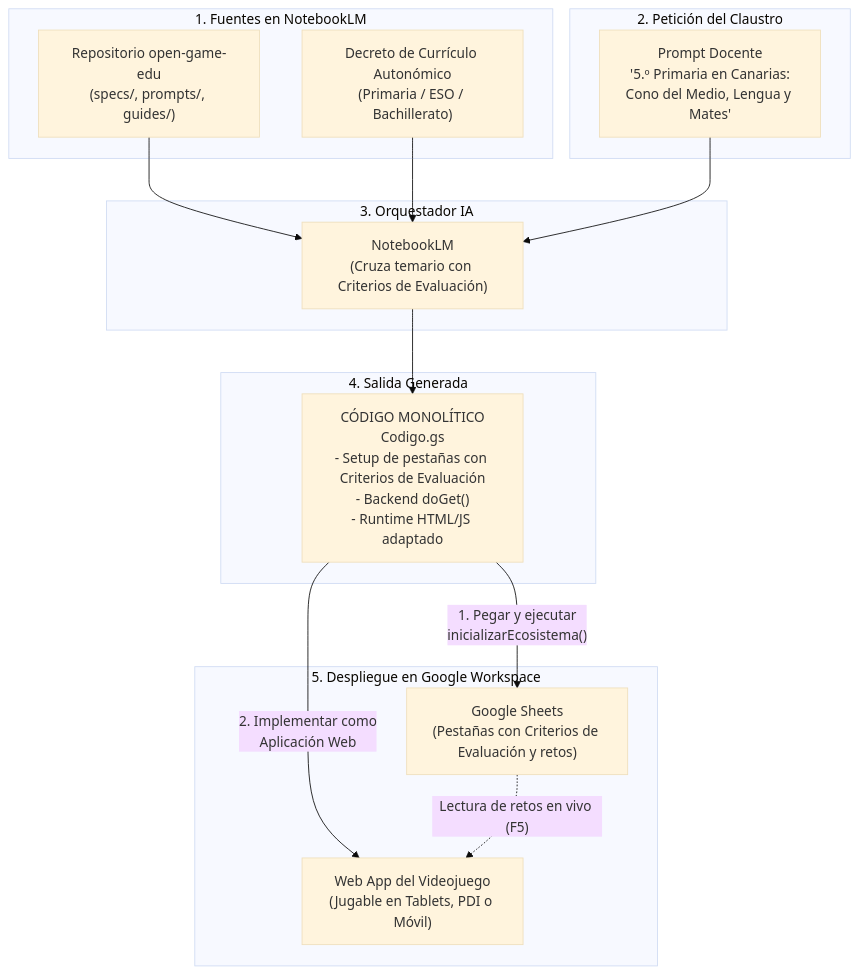
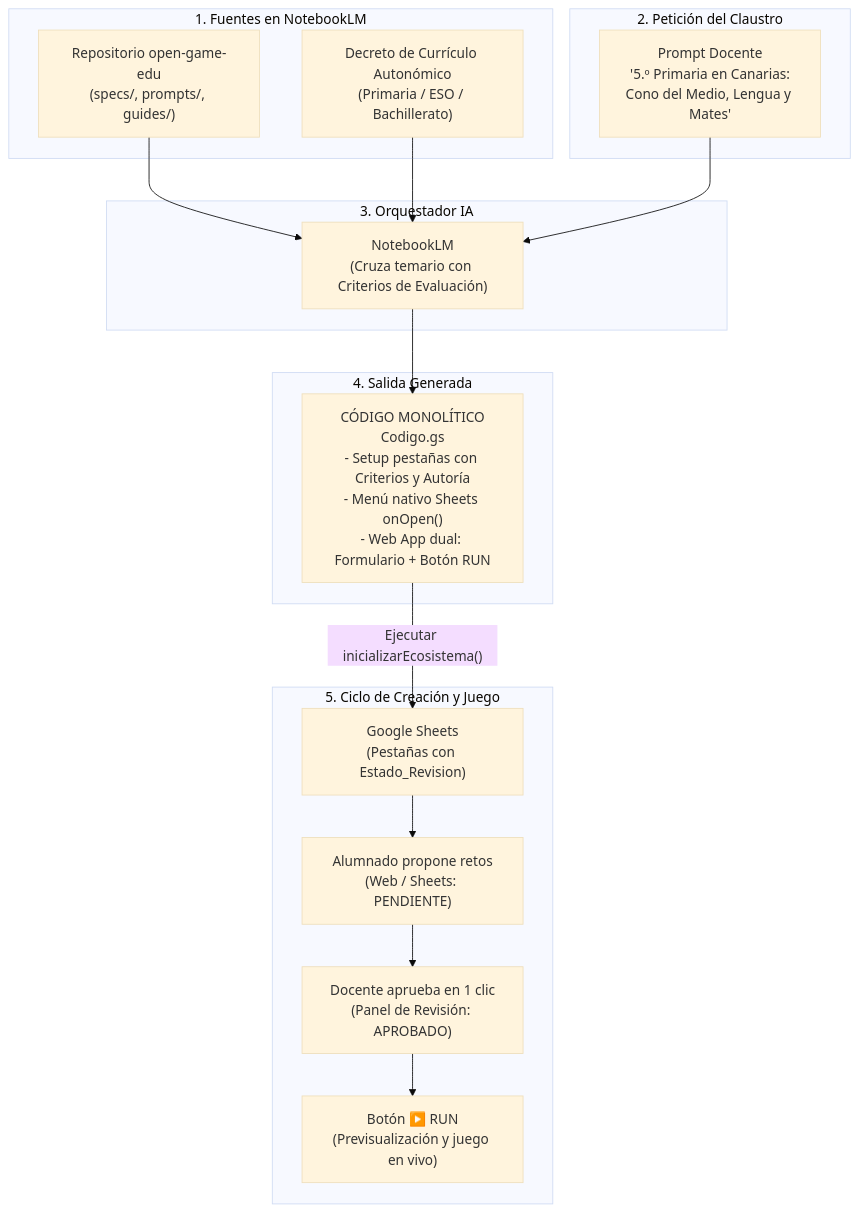
One commit to nmarafo/open-game-edu changed the diagram in README.md. Above: the diagram before and after it, drawn with Mermaid (base theme). The commit also changed other lines of this file and 8 other files, not shown here.

Commit message:
feat: incorporar boton RUN de previsualizacion en vivo y flujo de Pull Request escolar (revision y aprobacion)

````diff
--- a/README.md
+++ b/README.md
@@ -34,32 +36,35 @@
 ```mermaid
 flowchart TD
     subgraph Fuentes ["1. Fuentes en NotebookLM"]
         A["Repositorio open-game-edu\n(specs/, prompts/, guides/)"]
         B["Decreto de Currículo Autonómico\n(Primaria / ESO / Bachillerato)"]
     end
 
     subgraph Docente ["2. Petición del Claustro"]
         C["Prompt Docente\n'5.º Primaria en Canarias:\nCono del Medio, Lengua y Mates'"]
     end
 
     subgraph Cerebro ["3. Orquestador IA"]
         D["NotebookLM\n(Cruza temario con Criterios de Evaluación)"]
     end
 
     subgraph Salida ["4. Salida Generada"]
-        E["CÓDIGO MONOLÍTICO\nCodigo.gs\n- Setup de pestañas con Criterios de Evaluación\n- Backend doGet()\n- Runtime HTML/JS adaptado"]
+        E["CÓDIGO MONOLÍTICO\nCodigo.gs\n- Setup pestañas con Criterios y Autoría\n- Menú nativo Sheets onOpen()\n- Web App dual: Formulario + Botón RUN"]
     end
 
-    subgraph GoogleWorkspace ["5. Despliegue en Google Workspace"]
-        F["Google Sheets\n(Pestañas con Criterios de Evaluación y retos)"]
-        G["Web App del Videojuego\n(Jugable en Tablets, PDI o Móvil)"]
+    subgraph Ecosistema ["5. Ciclo de Creación y Juego"]
+        F["Google Sheets\n(Pestañas con Estado_Revision)"]
+        G["Alumnado propone retos\n(Web / Sheets: PENDIENTE)"]
+        H["Docente aprueba en 1 clic\n(Panel de Revisión: APROBADO)"]
+        I["Botón ▶️ RUN\n(Previsualización y juego en vivo)"]
     end
 
     A --> D
     B --> D
     C --> D
     D --> E
-    E -- "1. Pegar y ejecutar\ninicializarEcosistema()" --> F
-    E -- "2. Implementar como\nAplicación Web" --> G
-    F -. "Lectura de retos en vivo (F5)" .-> G
+    E -- "Ejecutar inicializarEcosistema()" --> F
+    F --> G
+    G --> H
+    H --> I
 ```
````
